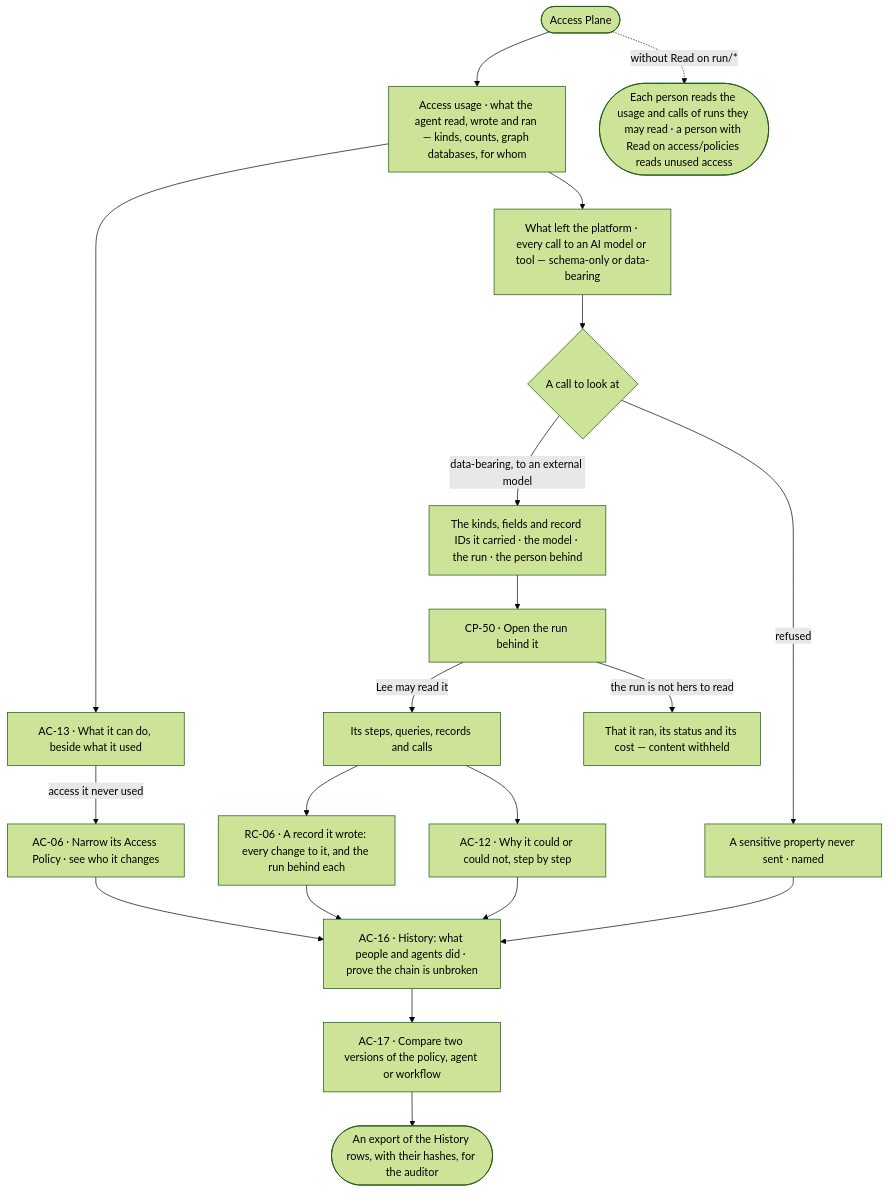
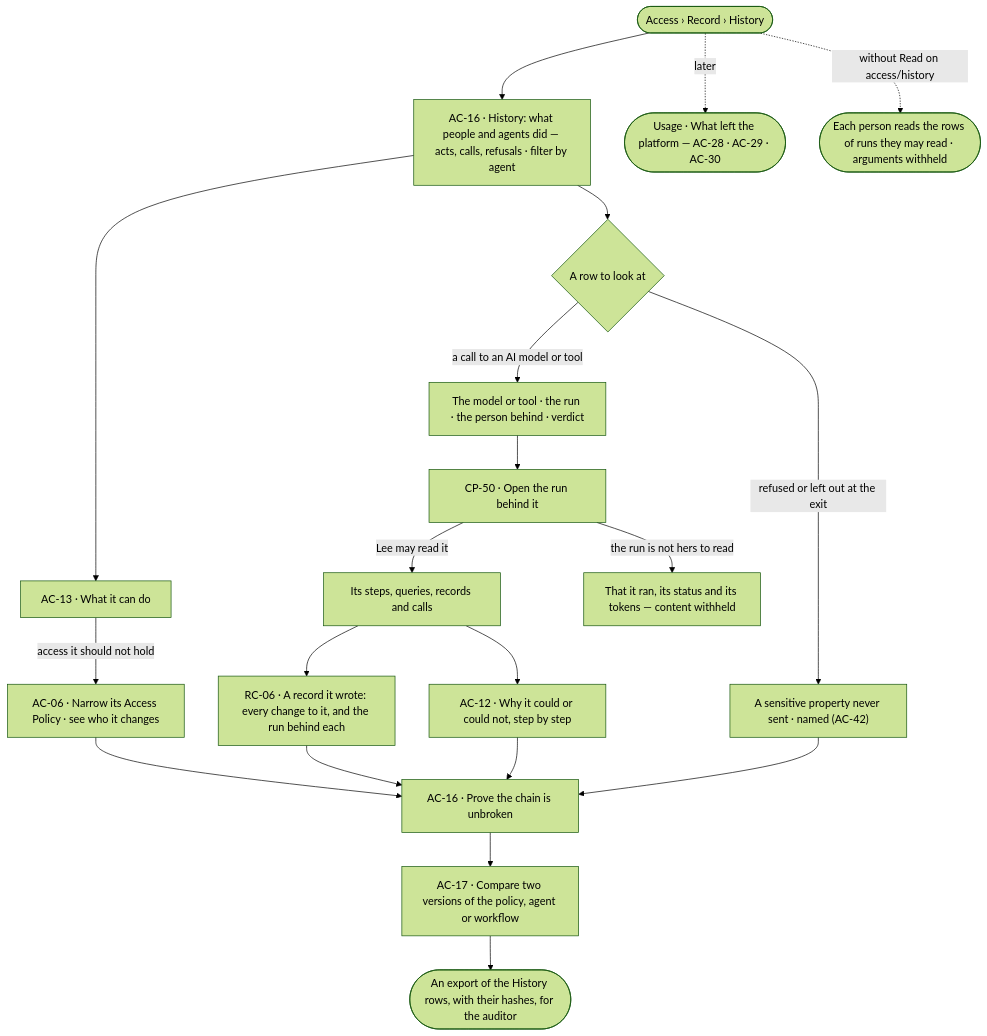
The diagram in specs/journeys/J09-audit-what-an-agent-touched-and-what-left-the-platform.md (invana/invana), drawn with Mermaid (forest theme) before and after one commit. The commit also changed other lines of this file and 9 other files, not shown here.

````diff
--- a/specs/journeys/J09-audit-what-an-agent-touched-and-what-left-the-platform.md
+++ b/specs/journeys/J09-audit-what-an-agent-touched-and-what-left-the-platform.md
@@ -16,22 +18,22 @@
 ```mermaid
 flowchart TD
-  A([Access Plane]) --> U["Access usage · what the agent read, wrote and ran — kinds, counts, graph databases, for whom"]
-  U --> P["AC-13 · What it can do, beside what it used"]
-  P -->|access it never used| N["AC-06 · Narrow its Access Policy · see who it changes"]
-  U --> O["What left the platform · every call to an AI model or tool — schema-only or data-bearing"]
-  O --> O1{"A call to look at"}
-  O1 -->|data-bearing, to an external model| O2["The kinds, fields and record IDs it carried · the model · the run · the person behind"]
-  O1 -->|refused| O3["A sensitive property never sent · named"]
+  A([Access › Record › History]) --> H["AC-16 · History: what people and agents did — acts, calls, refusals · filter by agent"]
+  H --> P["AC-13 · What it can do"]
+  P -->|access it should not hold| N["AC-06 · Narrow its Access Policy · see who it changes"]
+  H --> O1{"A row to look at"}
+  O1 -->|a call to an AI model or tool| O2["The model or tool · the run · the person behind · verdict"]
+  O1 -->|refused or left out at the exit| O3["A sensitive property never sent · named (AC-42)"]
   O2 --> R["CP-50 · Open the run behind it"]
   R -->|Lee may read it| R1["Its steps, queries, records and calls"]
-  R -->|the run is not hers to read| R2["That it ran, its status and its cost — content withheld"]
+  R -->|the run is not hers to read| R2["That it ran, its status and its tokens — content withheld"]
   R1 --> RC["RC-06 · A record it wrote: every change to it, and the run behind each"]
   R1 --> W["AC-12 · Why it could or could not, step by step"]
-  W --> H["AC-16 · History: what people and agents did · prove the chain is unbroken"]
-  RC --> H
-  N --> H
-  O3 --> H
-  H --> C["AC-17 · Compare two versions of the policy, agent or workflow"]
+  W --> V["AC-16 · Prove the chain is unbroken"]
+  RC --> V
+  N --> V
+  O3 --> V
+  V --> C["AC-17 · Compare two versions of the policy, agent or workflow"]
   C --> E(["An export of the History rows, with their hashes, for the auditor"])
-  A -.->|without Read on run/*| NA(["Each person reads the usage and calls of runs they may read · a person with Read on access/policies reads unused access"])
+  A -.->|later| U(["Usage · What left the platform — AC-28 · AC-29 · AC-30"])
+  A -.->|without Read on access/history| NA(["Each person reads the rows of runs they may read · arguments withheld"])
 ```
````
